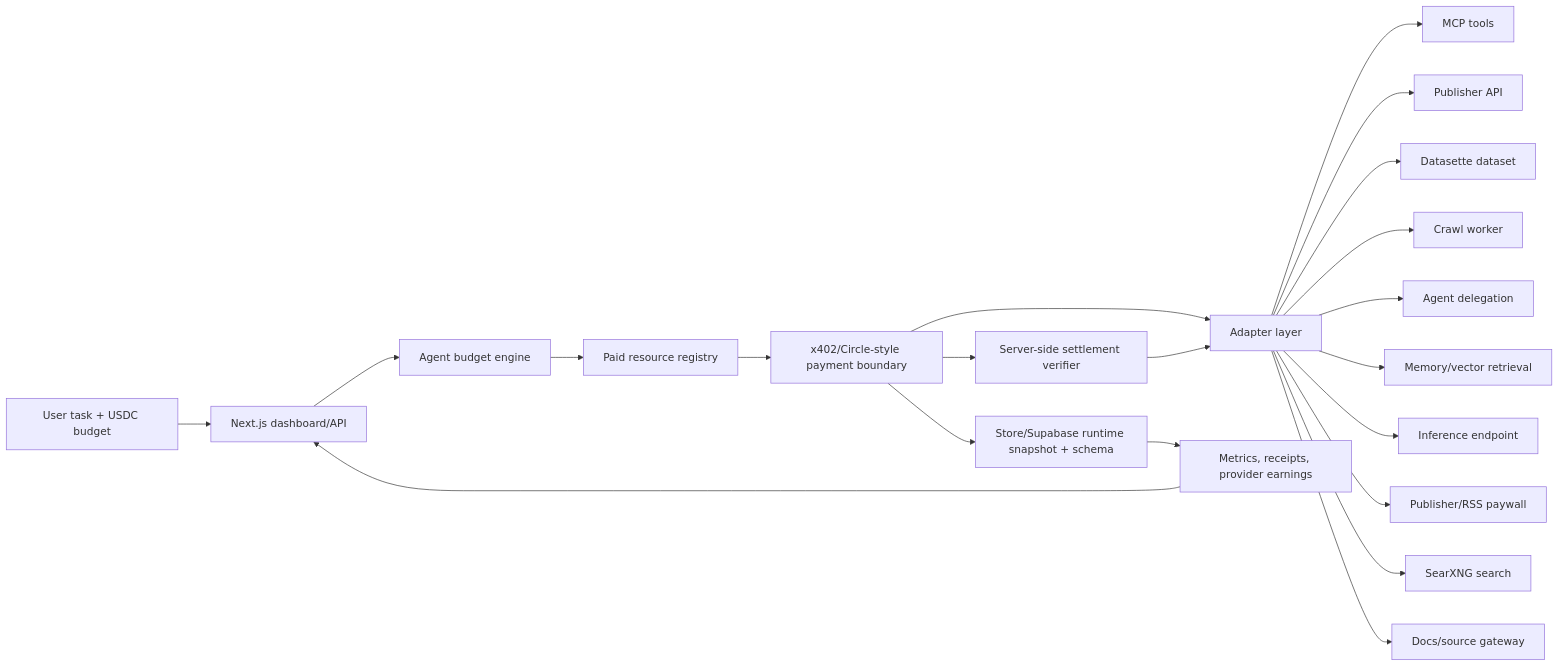
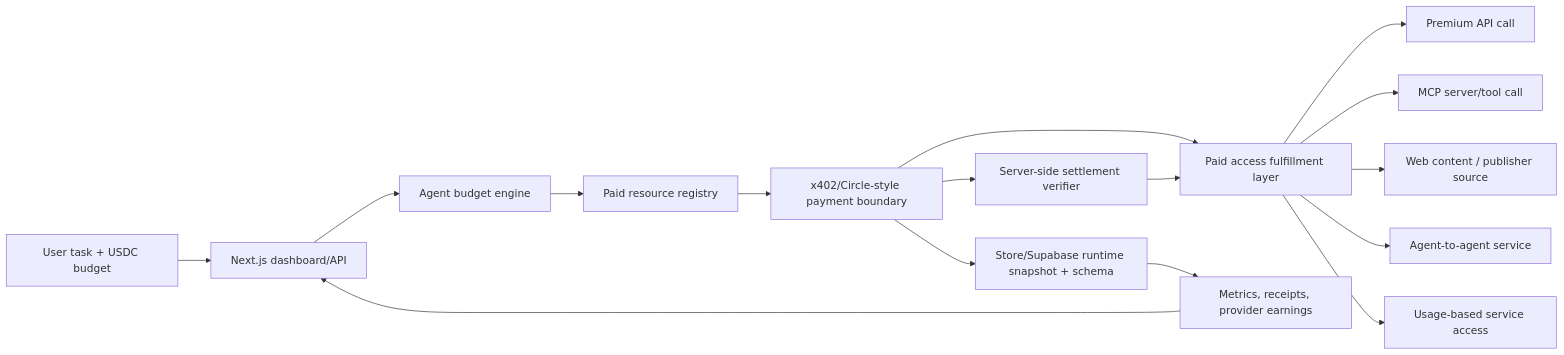
One commit to devvvenus/agentpay-gateway changed the diagram in docs/architecture.md. Above: the diagram before and after it, drawn with Mermaid. The commit also changed other lines of this file and 50 other files, not shown here.

First line of the commit message:
Harden AgentPay paid access platform

````diff
--- a/docs/architecture.md
+++ b/docs/architecture.md
@@ -3,23 +3,18 @@
 ```mermaid
 flowchart LR
   User["User task + USDC budget"] --> Web["Next.js dashboard/API"]
   Web --> Agent["Agent budget engine"]
   Agent --> Registry["Paid resource registry"]
   Registry --> Pay["x402/Circle-style payment boundary"]
-  Pay --> Adapters["Adapter layer"]
-  Adapters --> MCP["MCP tools"]
-  Adapters --> API["Publisher API"]
-  Adapters --> Dataset["Datasette dataset"]
-  Adapters --> Crawl["Crawl worker"]
-  Adapters --> Delegation["Agent delegation"]
-  Adapters --> Memory["Memory/vector retrieval"]
-  Adapters --> Inference["Inference endpoint"]
-  Adapters --> RSS["Publisher/RSS paywall"]
-  Adapters --> Search["SearXNG search"]
-  Adapters --> Docs["Docs/source gateway"]
+  Pay --> Access["Paid access fulfillment layer"]
+  Access --> API["Premium API call"]
+  Access --> MCP["MCP server/tool call"]
+  Access --> Content["Web content / publisher source"]
+  Access --> Delegation["Agent-to-agent service"]
+  Access --> Usage["Usage-based service access"]
   Pay --> Verify["Server-side settlement verifier"]
-  Verify --> Adapters["Adapter layer"]
+  Verify --> Access["Paid access fulfillment layer"]
   Pay --> Store["Store/Supabase runtime snapshot + schema"]
   Store --> Metrics["Metrics, receipts, provider earnings"]
   Metrics --> Web
 ```
````
